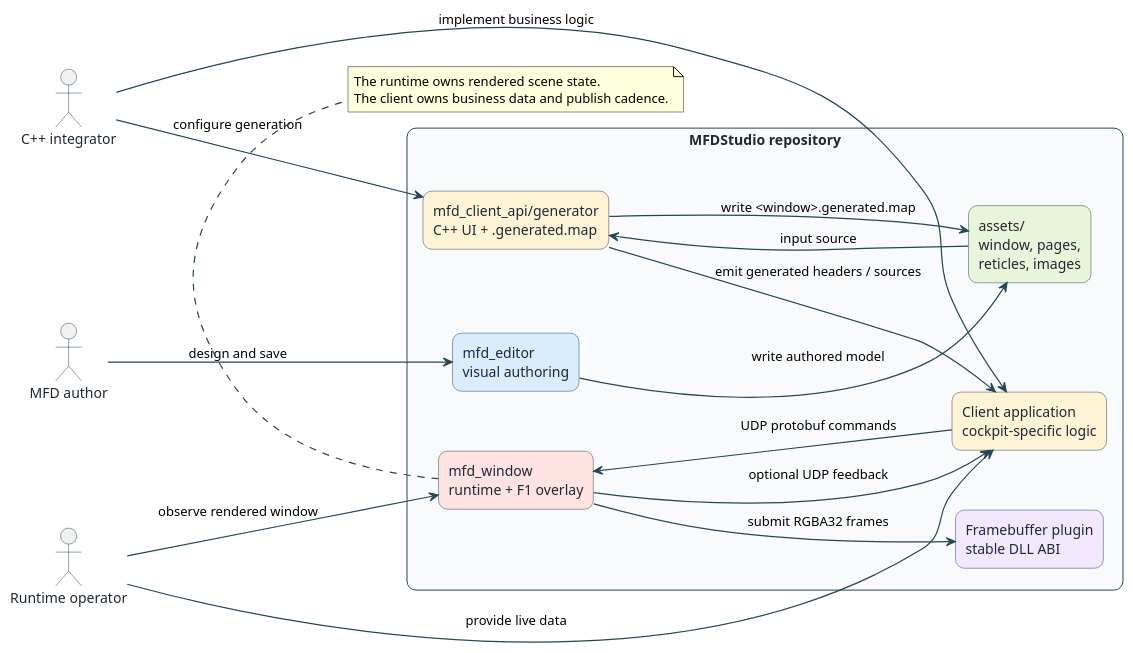
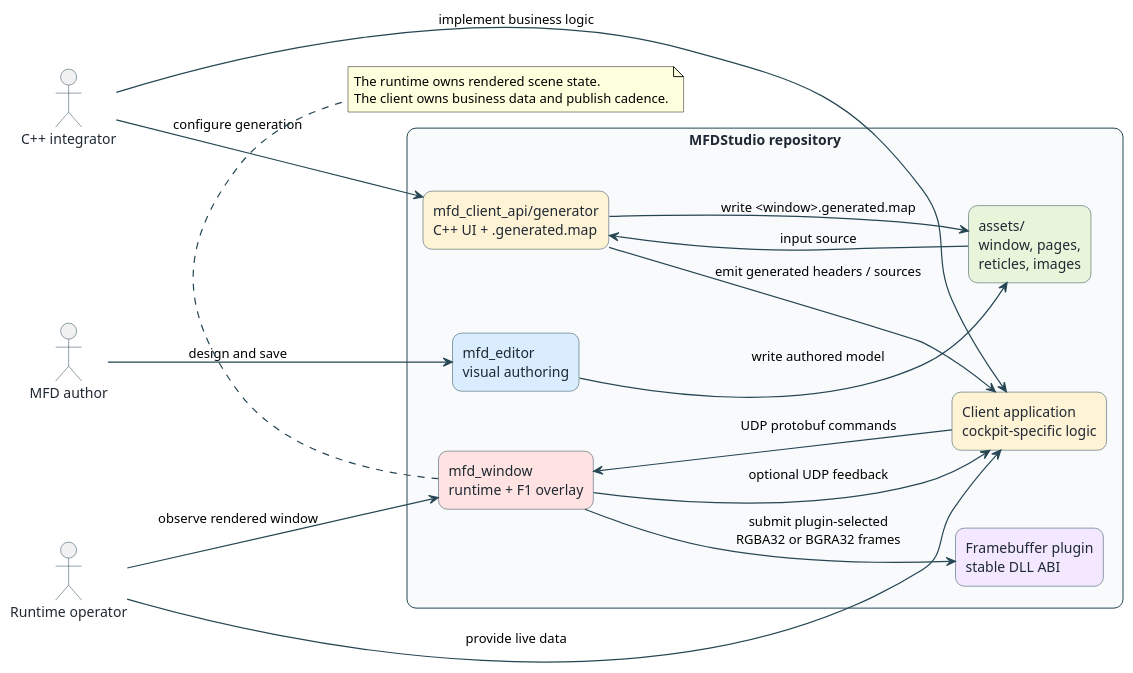
One commit to benoitfragit/MFDStudio changed the diagram in docs/user_guide/diagrams/01_mfdstudio_system_context.puml. Above: the diagram before and after it, drawn with PlantUML. The commit also changed 19 other files, not shown here.

```diff
--- a/docs/user_guide/diagrams/01_mfdstudio_system_context.puml
+++ b/docs/user_guide/diagrams/01_mfdstudio_system_context.puml
@@ -1,54 +1,54 @@
 @startuml
 skinparam backgroundColor #FFFFFF
 skinparam shadowing false
 skinparam defaultFontName Segoe UI
 skinparam packageStyle rectangle
 skinparam ArrowColor #264653
 skinparam ArrowThickness 1.2
 skinparam rectangle {
   RoundCorner 18
   BorderColor #264653
   FontColor #1F2933
 }
 skinparam package {
   BorderColor #264653
   FontColor #1F2933
   BackgroundColor #F8FAFC
 }
 skinparam actor {
   BorderColor #264653
   FontColor #1F2933
 }
 left to right direction
 
 actor "MFD author" as Author
 actor "C++ integrator" as Integrator
 actor "Runtime operator" as Operator
 
 package "MFDStudio repository" {
   rectangle "assets/\nwindow, pages,\nreticles, images" as Assets #E9F5DB
   rectangle "mfd_editor\nvisual authoring" as Editor #D9EDFF
   rectangle "mfd_client_api/generator\nC++ UI + .generated.map" as Generator #FFF3D6
   rectangle "Client application\ncockpit-specific logic" as ClientApp #FFF3D6
   rectangle "mfd_window\nruntime + F1 overlay" as Runtime #FFE3E3
   rectangle "Framebuffer plugin\nstable DLL ABI" as Plugin #F3E8FF
 }
 
 Author --> Editor : design and save
 Editor --> Assets : write authored model
 Assets --> Generator : input source
 Integrator --> Generator : configure generation
 Generator --> ClientApp : emit generated headers / sources
 Generator --> Assets : write <window>.generated.map
 Integrator --> ClientApp : implement business logic
 Operator --> ClientApp : provide live data
 ClientApp --> Runtime : UDP protobuf commands
 Runtime --> ClientApp : optional UDP feedback
-Runtime --> Plugin : submit RGBA32 frames
+Runtime --> Plugin : submit plugin-selected\nRGBA32 or BGRA32 frames
 Operator --> Runtime : observe rendered window
 
 note bottom of Runtime
 The runtime owns rendered scene state.
 The client owns business data and publish cadence.
 end note
 @enduml
```
